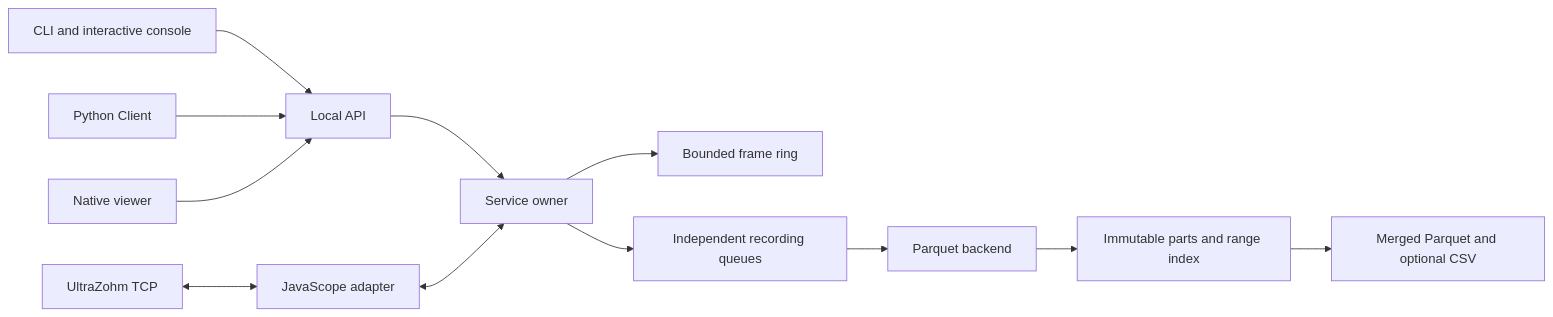
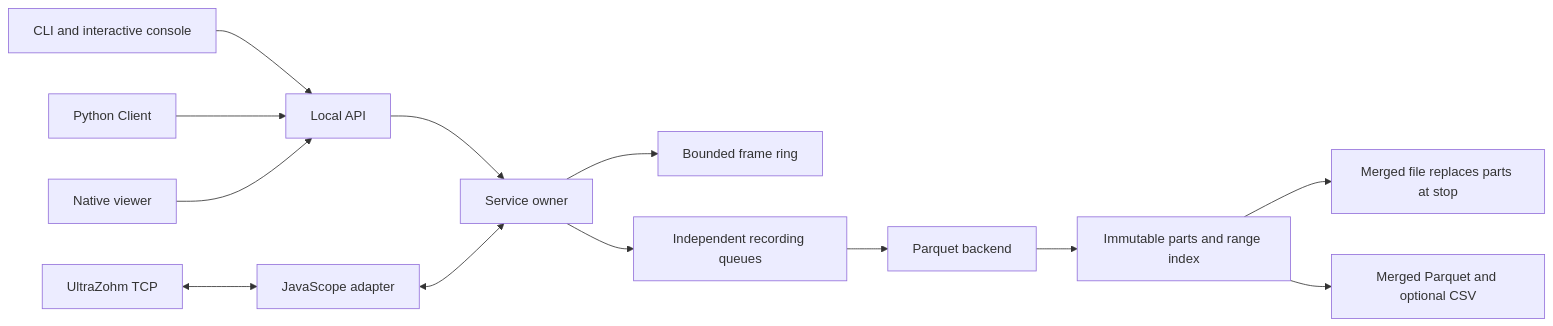
One commit to ultrazohm/ultrazohm_sw changed the diagram in uz_cli/docs/architecture.md. Above: the diagram before and after it, drawn with Mermaid. The commit also changed other lines of this file and 10 other files, not shown here.

````diff
--- a/uz_cli/docs/architecture.md
+++ b/uz_cli/docs/architecture.md
@@ -10,14 +10,15 @@
 ```mermaid
 flowchart LR
     CLI[CLI and interactive console] --> API[Local API]
     Python[Python Client] --> API
     Viewer[Native viewer] --> API
     API --> Service[Service owner]
     Device[UltraZohm TCP] <--> Codec[JavaScope adapter]
     Codec <--> Service
     Service --> Ring[Bounded frame ring]
     Service --> Queue[Independent recording queues]
     Queue --> Backend[Parquet backend]
     Backend --> Parts[Immutable parts and range index]
+    Parts --> Merged[Merged file replaces parts at stop]
     Parts --> Export[Merged Parquet and optional CSV]
 ```
````
